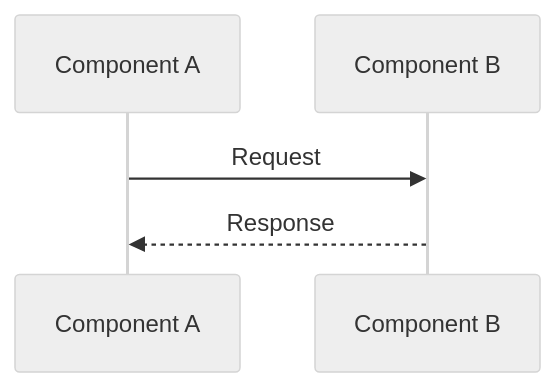
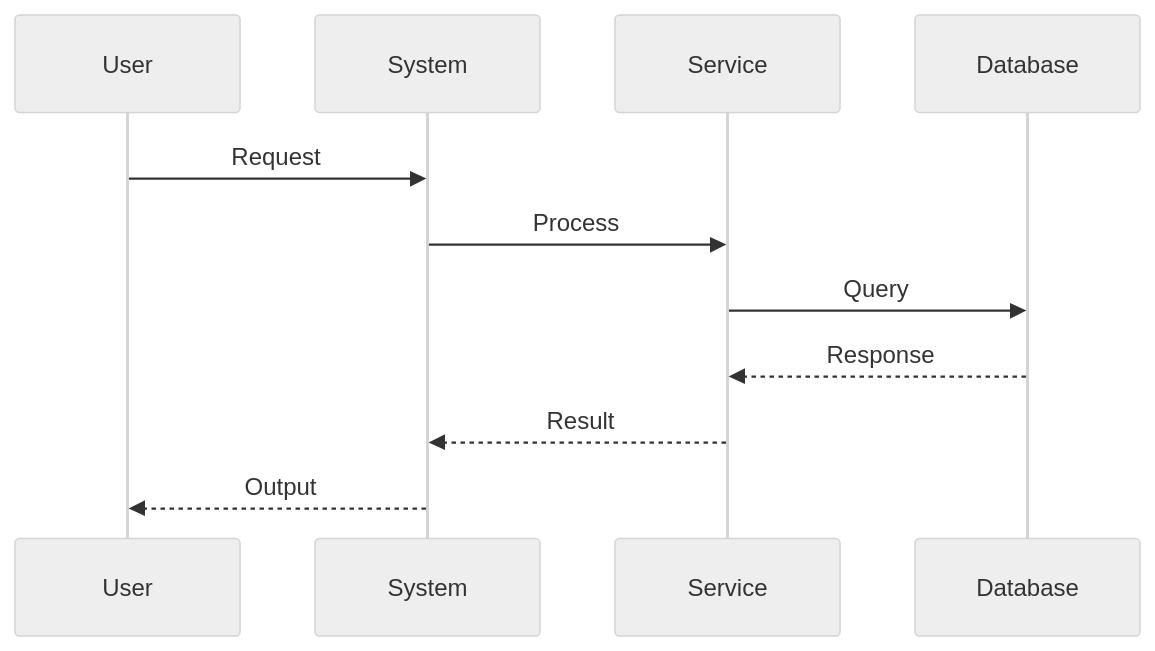
One commit to xincheng213618/OpenDeepWiki changed the third of 7 diagrams in src/KoalaWiki/Prompts/Warehouse/GenerateDocsDocumentation.md. Above: the diagram before and after it, drawn with Mermaid (neutral theme). The commit also changed other lines of this file and 14 other files, not shown here.

````diff
--- a/src/KoalaWiki/Prompts/Warehouse/GenerateDocsDocumentation.md
+++ b/src/KoalaWiki/Prompts/Warehouse/GenerateDocsDocumentation.md
@@ -109,7 +109,13 @@
 ```mermaid
 sequenceDiagram
-    participant A as Component A
-    participant B as Component B
-    A->>B: Request
-    B-->>A: Response
+    participant User
+    participant System
+    participant Service
+    participant Database
+    User->>System: Request
+    System->>Service: Process
+    Service->>Database: Query
+    Database-->>Service: Response
+    Service-->>System: Result
+    System-->>User: Output
 ```
````
